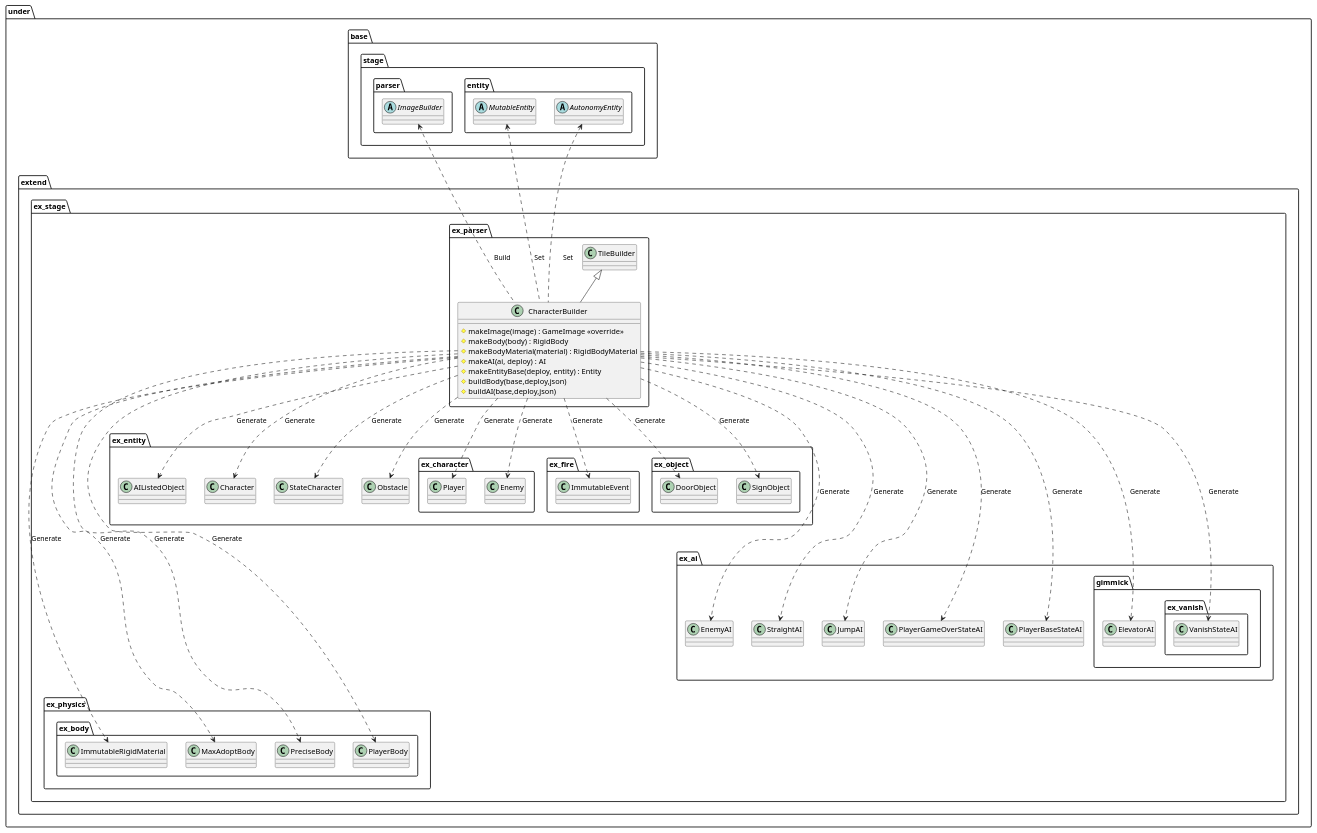
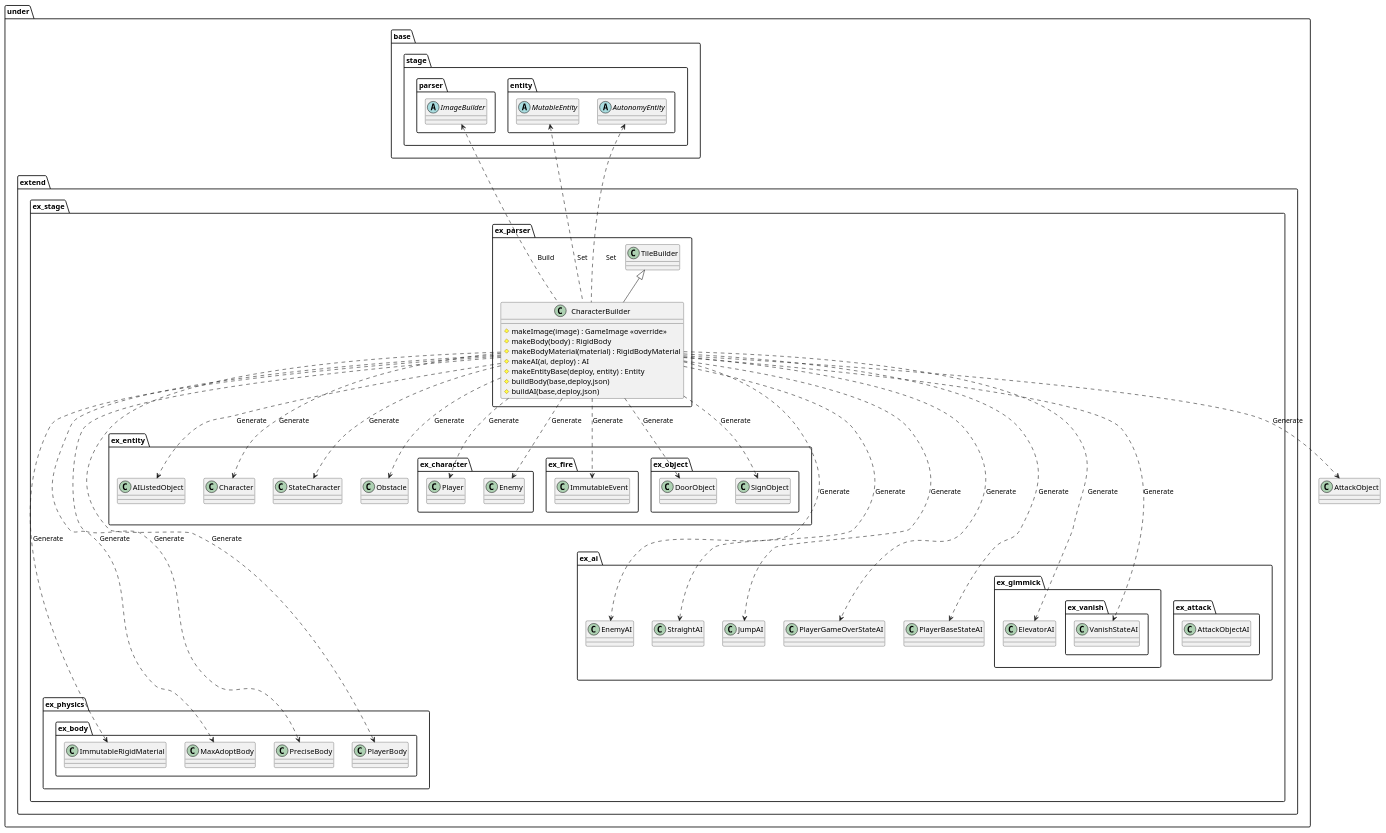
One commit to Expine/Under changed the diagram in uml/parser/Character.wsd. Above: the diagram before and after it, drawn with PlantUML. The commit also changed 34 other files, not shown here.

```diff
--- a/uml/parser/Character.wsd
+++ b/uml/parser/Character.wsd
@@ -1,107 +1,111 @@
-@startuml ParserBuilder
+@startuml ParserCharacterBuilder
 
 package under {
     package extend {
         package ex_stage {
             package ex_parser {
                 class CharacterBuilder {
                     #makeImage(image) : GameImage <<override>>
                     #makeBody(body) : RigidBody
                     #makeBodyMaterial(material) : RigidBodyMaterial
                     #makeAI(ai, deploy) : AI
                     #makeEntityBase(deploy, entity) : Entity
                     #buildBody(base,deploy,json)
                     #buildAI(base,deploy,json)
                 }
             }
         }
     }
 }
 
 package under {
     package base {
         package stage {
             package parser {
                 abstract ImageBuilder
             }
             package entity {
                 abstract MutableEntity
                 abstract AutonomyEntity
             }
         }
     }
     package extend {
         package ex_stage {
             package ex_parser {
                 class TileBuilder
             }
             package ex_physics {
                 package ex_body {
                     class ImmutableRigidMaterial
                     class MaxAdoptBody
                     class PreciseBody
                     class PlayerBody
                 }
             }
             package ex_entity {
                 package ex_character {
                     class Player
                     class Enemy
                 }
                 package ex_fire {
                     class ImmutableEvent
                 }
                 package ex_object {
                     class DoorObject
                     class SignObject
                 }
                 class AIListedObject
                 class Character
                 class StateCharacter
                 class Obstacle
             }
             package ex_ai {
                 class EnemyAI
                 class StraightAI
-                package gimmick {
+                package ex_attack {
+                    class AttackObjectAI
+                }
+                package ex_gimmick {
                     class ElevatorAI
                     package ex_vanish {
                         class VanishStateAI
                     }
                 }
                 class JumpAI
                 class PlayerGameOverStateAI
                 class PlayerBaseStateAI
             }
         }
 
     }
 }
 
 CharacterBuilder ....> MaxAdoptBody : Generate
 CharacterBuilder ....> PreciseBody : Generate
 CharacterBuilder ....> PlayerBody : Generate
 CharacterBuilder ....> ImmutableRigidMaterial : Generate
 CharacterBuilder ...> EnemyAI : Generate
 CharacterBuilder ...> StraightAI : Generate
 CharacterBuilder ...> JumpAI : Generate
 CharacterBuilder ...> ElevatorAI : Generate
 CharacterBuilder ...> VanishStateAI : Generate
 CharacterBuilder ...> PlayerGameOverStateAI : Generate
 CharacterBuilder ...> PlayerBaseStateAI : Generate
 CharacterBuilder ..> AIListedObject : Generate
 CharacterBuilder ..> Character : Generate
 CharacterBuilder ..> StateCharacter : Generate
 CharacterBuilder ..> Player : Generate
 CharacterBuilder ..> Enemy : Generate
 CharacterBuilder ..> Obstacle : Generate
 CharacterBuilder ..> DoorObject : Generate
 CharacterBuilder ..> SignObject : Generate
 CharacterBuilder ..> ImmutableEvent : Generate
+CharacterBuilder ..> AttackObject : Generate
 MutableEntity <... CharacterBuilder : Set
 AutonomyEntity <... CharacterBuilder : Set
 ImageBuilder <... CharacterBuilder : Build
 
 TileBuilder <|-- CharacterBuilder
 
 @enduml
```
